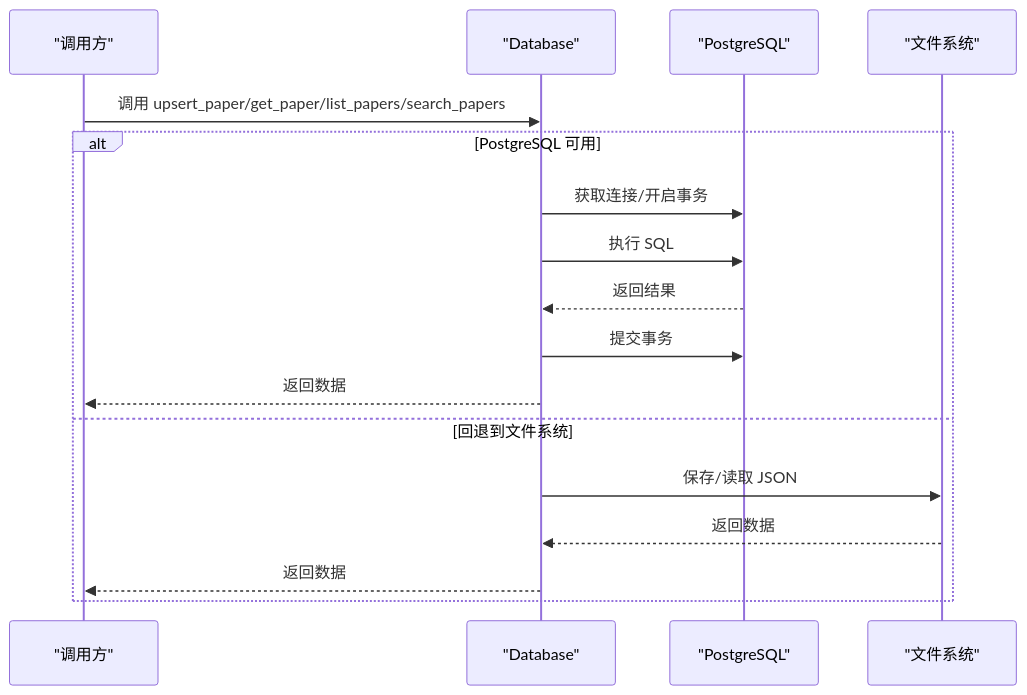
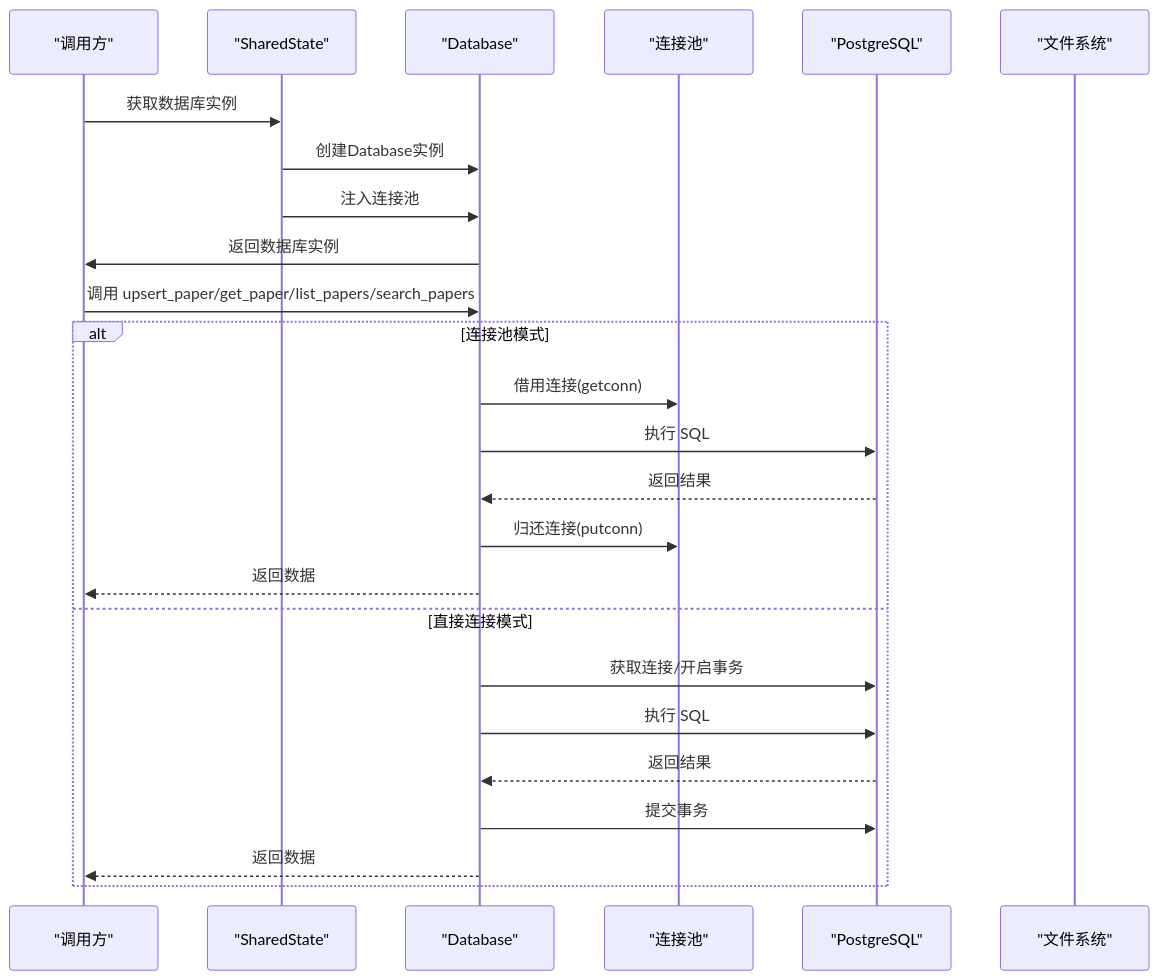
The second of 6 diagrams in .qoder/repowiki/zh/content/Python后端系统/数据库抽象层.md (1173591564/academic-based-qoder), drawn with Mermaid before and after one commit. The commit also changed other lines of this file and 80 other files, not shown here.

````diff
--- a/.qoder/repowiki/zh/content/Python后端系统/数据库抽象层.md
+++ b/.qoder/repowiki/zh/content/Python后端系统/数据库抽象层.md
@@ -85,19 +116,27 @@
 ```mermaid
 sequenceDiagram
 participant Caller as "调用方"
+participant State as "SharedState"
 participant DB as "Database"
+participant Pool as "连接池"
 participant PG as "PostgreSQL"
 participant FS as "文件系统"
+Caller->>State : 获取数据库实例
+State->>DB : 创建Database实例
+State->>DB : 注入连接池
+DB->>Caller : 返回数据库实例
 Caller->>DB : 调用 upsert_paper/get_paper/list_papers/search_papers
-alt PostgreSQL 可用
+alt 连接池模式
+DB->>Pool : 借用连接(getconn)
+DB->>PG : 执行 SQL
+PG-->>DB : 返回结果
+DB->>Pool : 归还连接(putconn)
+DB-->>Caller : 返回数据
+else 直接连接模式
 DB->>PG : 获取连接/开启事务
 DB->>PG : 执行 SQL
 PG-->>DB : 返回结果
 DB->>PG : 提交事务
 DB-->>Caller : 返回数据
-else 回退到文件系统
-DB->>FS : 保存/读取 JSON
-FS-->>DB : 返回数据
-DB-->>Caller : 返回数据
 end
 ```
````
